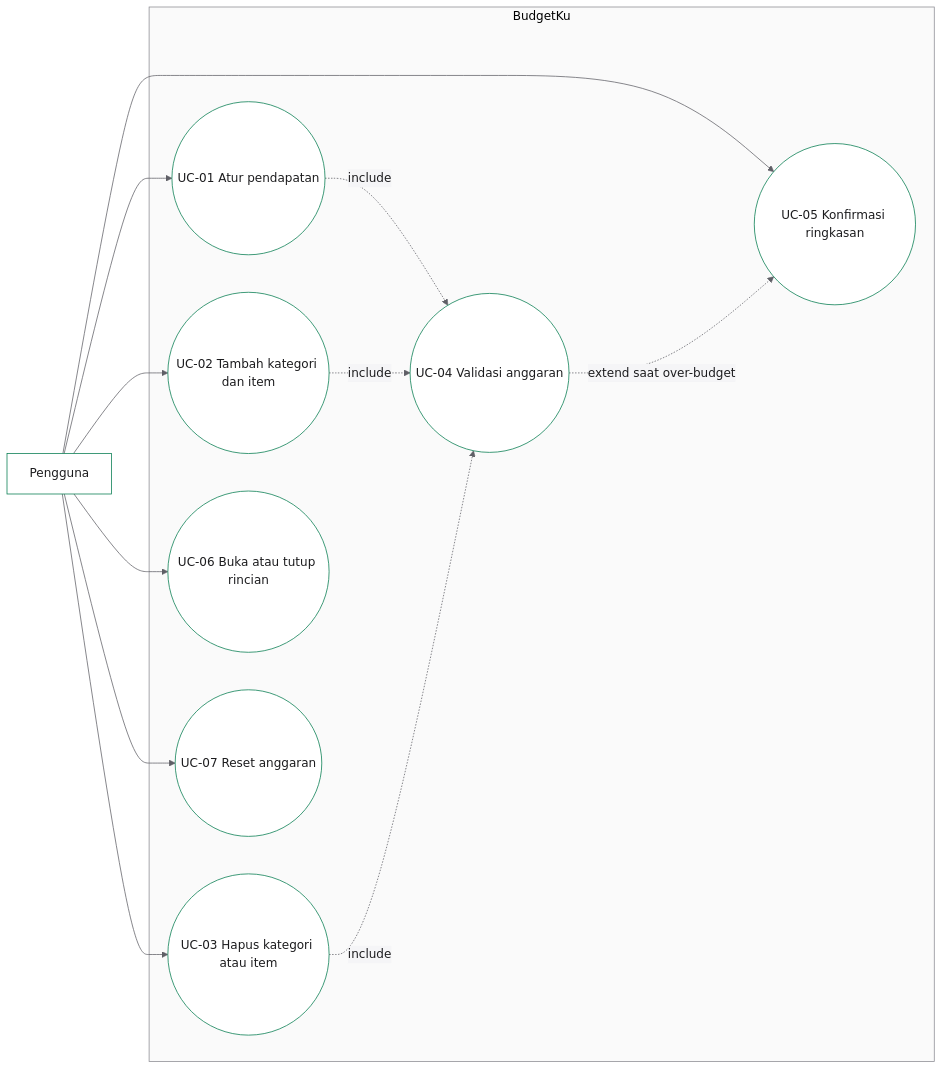
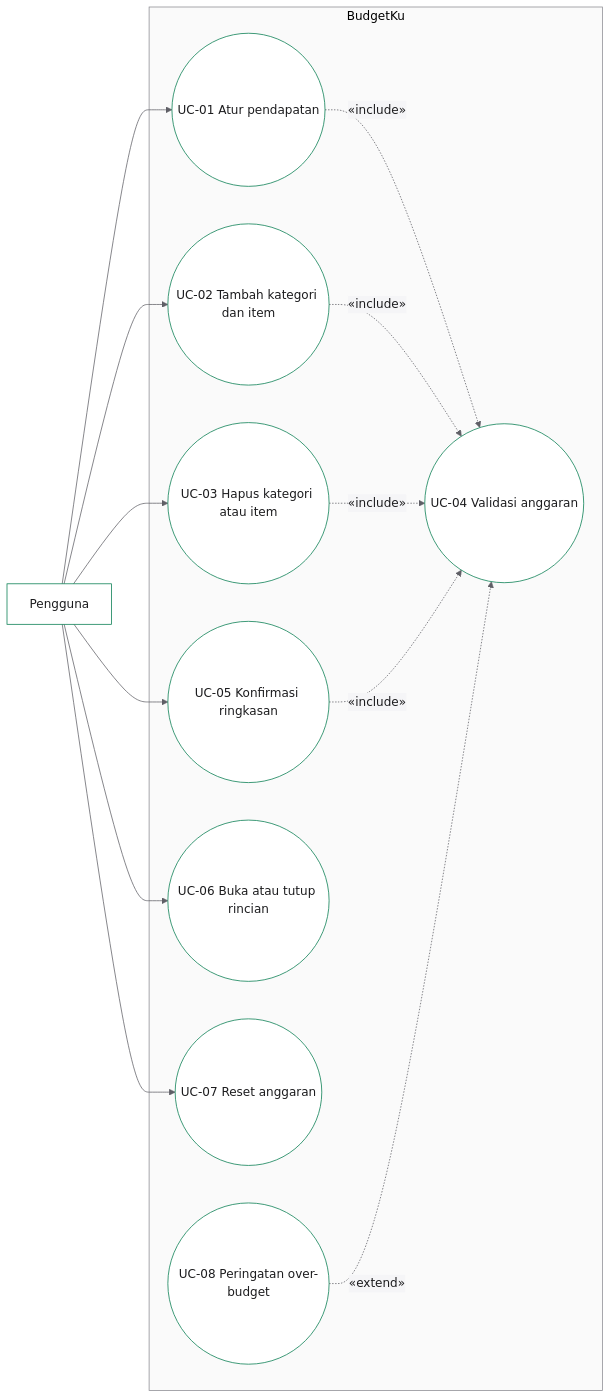
One commit to Rifatdhy/BudgetKU changed the diagram in docs/uts/use-case-diagram.md. Above: the diagram before and after it, drawn with Mermaid. The commit also changed other lines of this file and 26 other files, not shown here.

````diff
--- a/docs/uts/use-case-diagram.md
+++ b/docs/uts/use-case-diagram.md
@@ -5,26 +5,28 @@
 ```mermaid
 %%{init: {'theme':'base','themeVariables':{'primaryColor':'#ffffff','primaryTextColor':'#1c1c1e','primaryBorderColor':'#007a4d','lineColor':'#5f5f66','secondaryColor':'#f5f5f7','tertiaryColor':'#ffffff','clusterBkg':'#fafafa','clusterBorder':'#8a8a91','fontFamily':'-apple-system, BlinkMacSystemFont, Segoe UI, sans-serif','fontSize':'16px'}}}%%
 flowchart LR
   actor[Pengguna]
   subgraph sistem[BudgetKu]
     income((UC-01 Atur pendapatan))
     category((UC-02 Tambah kategori dan item))
     item((UC-03 Hapus kategori atau item))
     validation((UC-04 Validasi anggaran))
     summary((UC-05 Konfirmasi ringkasan))
     toggle((UC-06 Buka atau tutup rincian))
     reset((UC-07 Reset anggaran))
+    overBudget((UC-08 Peringatan over-budget))
   end
 
   actor --> income
   actor --> category
   actor --> item
   actor --> summary
   actor --> toggle
   actor --> reset
 
-  income -. include .-> validation
-  category -. include .-> validation
-  item -. include .-> validation
-  validation -. extend saat over-budget .-> summary
+  income -. «include» .-> validation
+  category -. «include» .-> validation
+  item -. «include» .-> validation
+  summary -. «include» .-> validation
+  overBudget -. «extend» .-> validation
 ```
````
